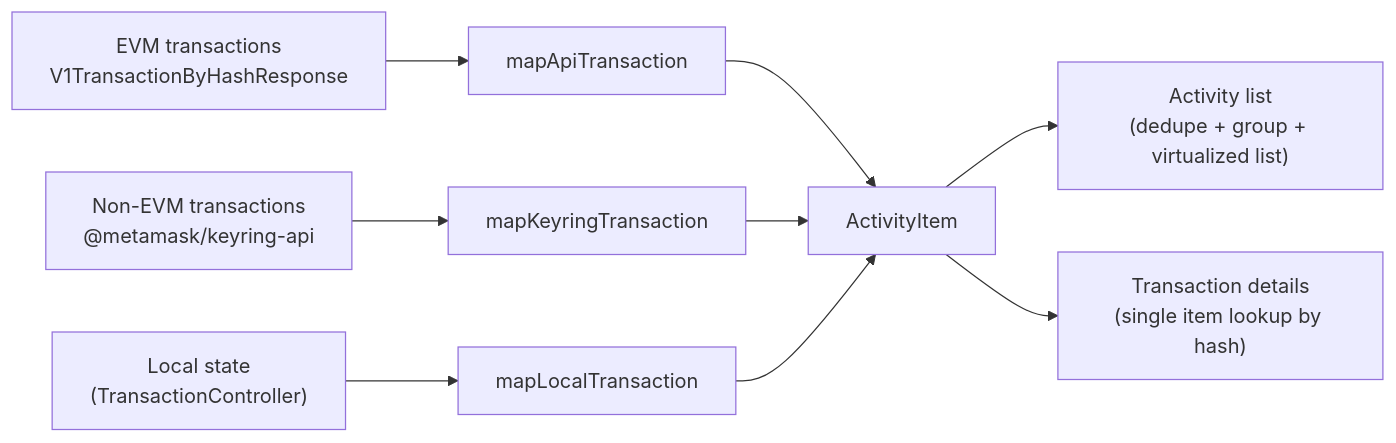
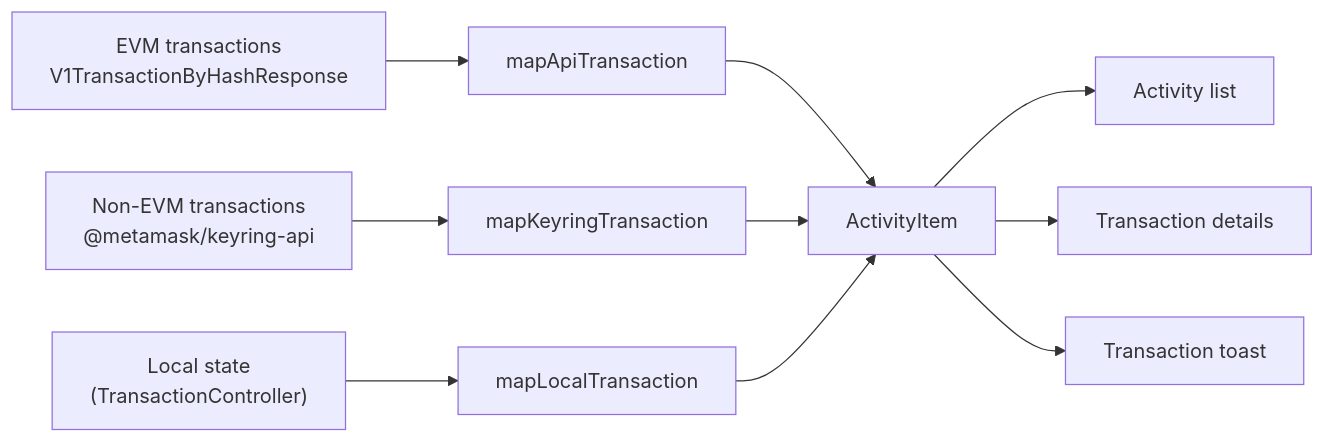
Before and after one commit to MetaMask/core: the diagram in packages/client-utils/src/mappers/README.md, drawn with Mermaid. The commit also changed other lines of this file, not shown here.

````diff
--- a/packages/client-utils/src/mappers/README.md
+++ b/packages/client-utils/src/mappers/README.md
@@ -28,13 +36,14 @@
 ```mermaid
 flowchart LR
   api["EVM transactions<br/>V1TransactionByHashResponse"] --> apiMapper["mapApiTransaction"]
   nonEvm["Non-EVM transactions<br/>@metamask/keyring-api"] --> nonEvmMapper["mapKeyringTransaction"]
   local["Local state<br/>(TransactionController)"] --> localMapper["mapLocalTransaction"]
 
   apiMapper --> items["ActivityItem"]
   nonEvmMapper --> items
   localMapper --> items
 
-  items --> list["Activity list<br/>(dedupe + group + virtualized list)"]
-  items --> details["Transaction details<br/>(single item lookup by hash)"]
+  items --> list["Activity list"]
+  items --> details["Transaction details"]
+  items --> toast["Transaction toast"]
 ```
````
